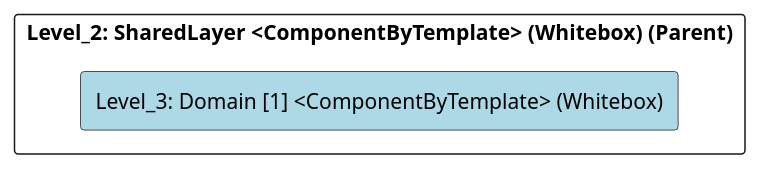
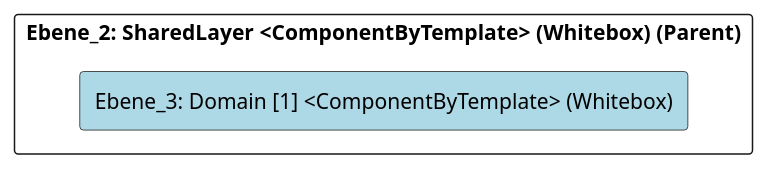
The diagram in src/cleon.architecturemethods.arc42.sample/doc/cleon_architecturemethods_arc42_sample_software_microservice/adoc/en/05_building_block_view/microservicesample/sharedlayer/domain_1/level_3_domain_[1].adoc (marcozwyssig/cleon), drawn with PlantUML before and after one commit. The commit also changed other lines of this file and 214 other files, not shown here.

```diff
--- a/src/cleon.architecturemethods.arc42.sample/doc/cleon_architecturemethods_arc42_sample_software_microservice/adoc/en/05_building_block_view/microservicesample/sharedlayer/domain_1/level_3_domain_[1].adoc
+++ b/src/cleon.architecturemethods.arc42.sample/doc/cleon_architecturemethods_arc42_sample_software_microservice/adoc/en/05_building_block_view/microservicesample/sharedlayer/domain_1/level_3_domain_[1].adoc
@@ -20,24 +20,24 @@
-[plantuml, Level_3: Domain [1] <ComponentByTemplate> (Whitebox)BlockOverview, format="svg"]
+[plantuml, Ebene_3: Domain [1] <ComponentByTemplate> (Whitebox)BlockOverview, format="svg"]
 ----
-@startuml Level_3: Domain [1] <ComponentByTemplate> (Whitebox)BuildingBlockOverview
+@startuml Ebene_3: Domain [1] <ComponentByTemplate> (Whitebox)BuildingBlockOverview
 
 skinparam ranksep 10
 skinparam componentStyle rectangle
 skinparam shadowing false
 skinparam arrowColor lightblue
 skinparam arrowThickness 1.2
 skinparam rectangle {
   BackgroundColor White
   BorderColor #333
   RoundCorner 10
 }
 top to bottom direction
 
-component "Level_2: SharedLayer <ComponentByTemplate> (Whitebox) (Parent)" {
-    component "Level_3: Domain [1] <ComponentByTemplate> (Whitebox)" #lightblue {
+component "Ebene_2: SharedLayer <ComponentByTemplate> (Whitebox) (Parent)" {
+    component "Ebene_3: Domain [1] <ComponentByTemplate> (Whitebox)" #lightblue {
     }
 
 }
 
 @enduml
 ----
```
